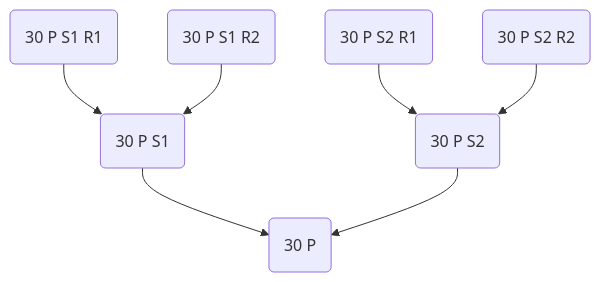
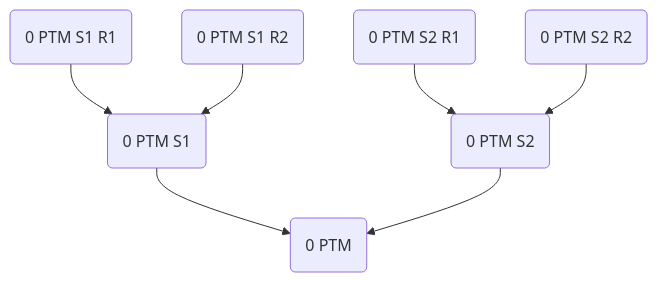
One commit to MolBIFFM/diana changed the second of 3 diagrams in README.md. Above: the diagram before and after it, drawn with Mermaid. The commit also changed other lines of this file, not shown here.

Commit message:
documentation

````diff
--- a/README.md
+++ b/README.md
@@ -127,11 +127,11 @@
 ```mermaid
 flowchart
-  p30s1r1(30 P S1 R1) --> p30s1(30 P S1)
-  p30s1r2(30 P S1 R2) --> p30s1
+  p30s1r1(0 PTM S1 R1) --> p30s1(0 PTM S1)
+  p30s1r2(0 PTM S1 R2) --> p30s1
 
-  p30s2r1(30 P S2 R1) --> p30s2(30 P S2)
-  p30s2r2(30 P S2 R2) --> p30s2
+  p30s2r1(0 PTM S2 R1) --> p30s2(0 PTM S2)
+  p30s2r2(0 PTM S2 R2) --> p30s2
 
-  p30s1 --> p30(30 P)
+  p30s1 --> p30(0 PTM)
   p30s2 --> p30
 ```
````
